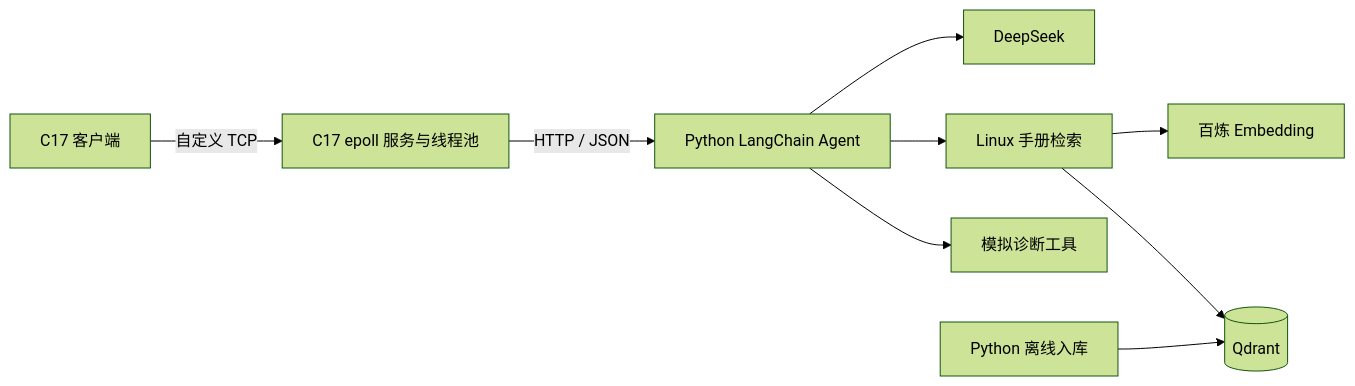
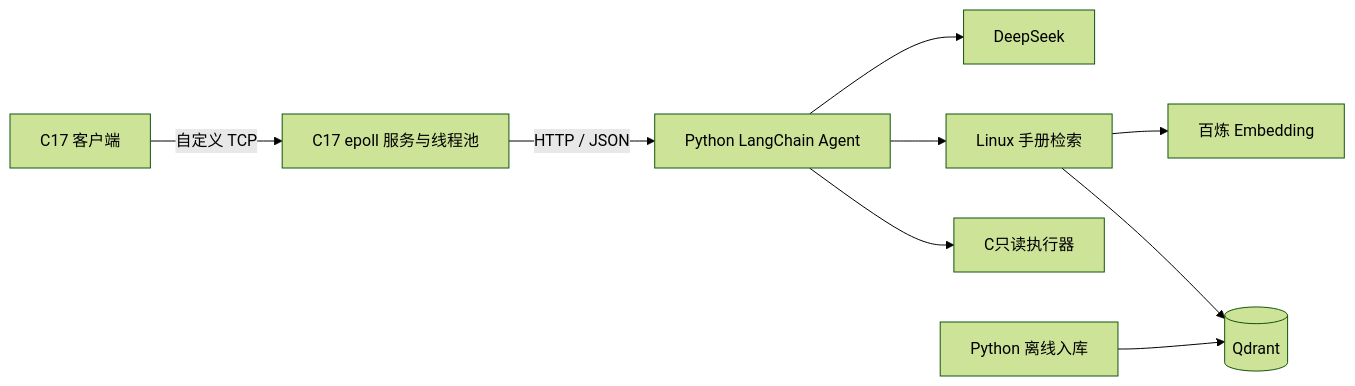
One commit to yiyi-tian/RAGent changed the diagram in README.md. Above: the diagram before and after it, drawn with Mermaid (forest theme). The commit also changed other lines of this file and 24 other files, not shown here.

````diff
--- a/README.md
+++ b/README.md
@@ -142,11 +155,11 @@
 ```mermaid
 flowchart LR
     C[C17 客户端] -->|自定义 TCP| N[C17 epoll 服务与线程池]
     N -->|HTTP / JSON| A[Python LangChain Agent]
     A --> L[DeepSeek]
     A --> R[Linux 手册检索]
     R --> E[百炼 Embedding]
     R --> Q[(Qdrant)]
-    A --> T[模拟诊断工具]
+    A --> T[C只读执行器]
     P[Python 离线入库] --> Q
 ```
````
